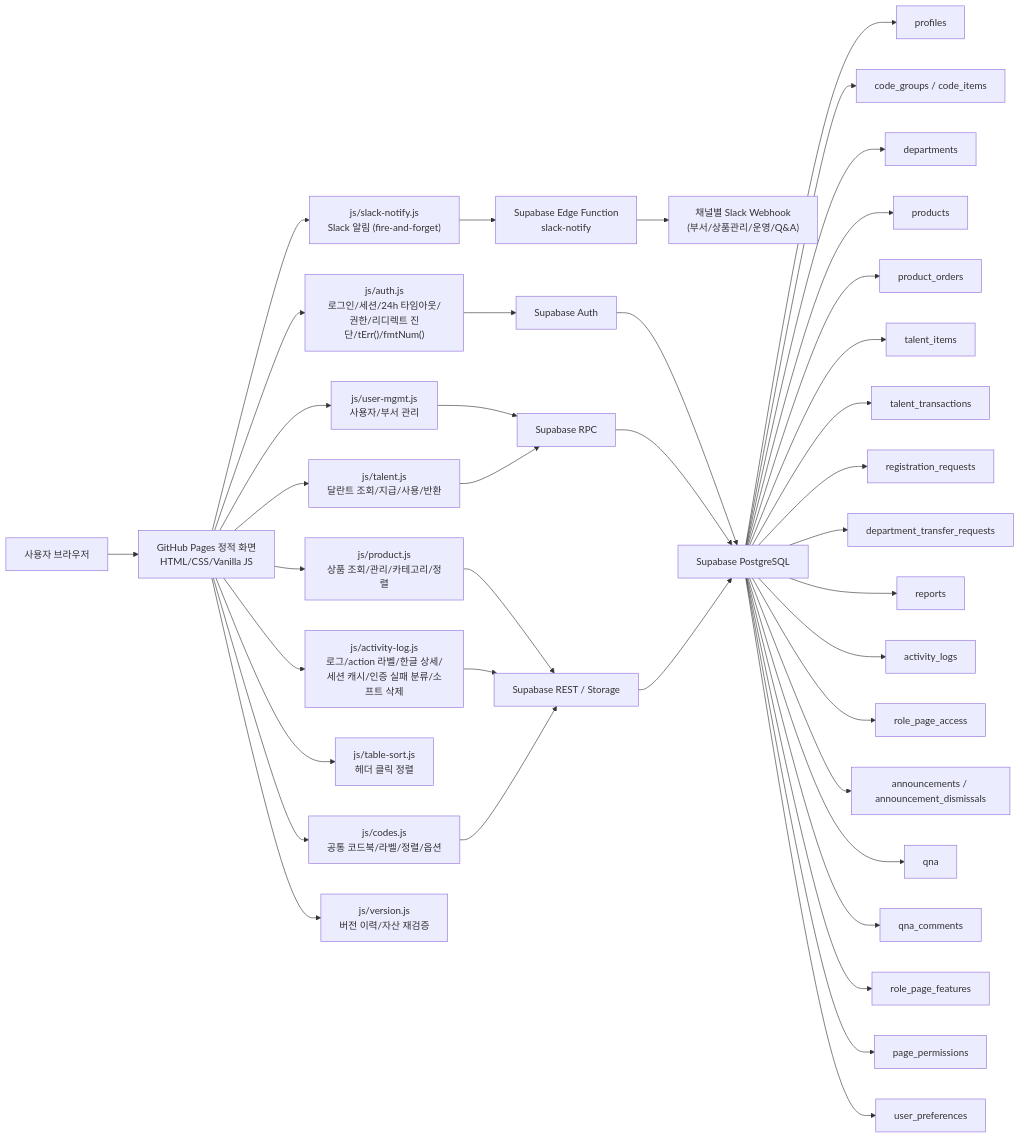
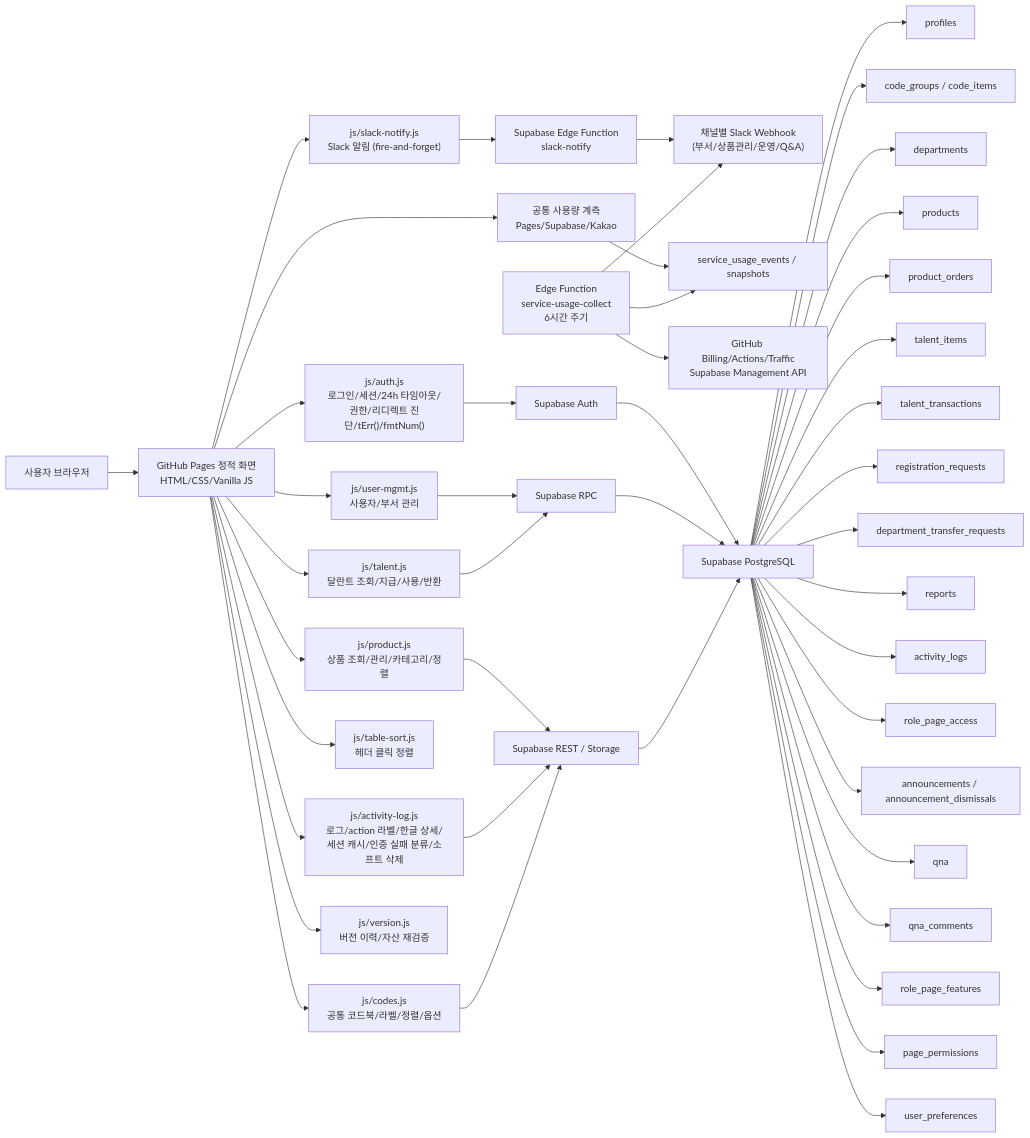
Before and after one commit to CHO-Talents-Test/CHO-Talents-Test: the first of 16 diagrams in docs/PROJECT_ARCHITECTURE_FLOW.md, drawn with Mermaid. The commit also changed other lines of this file and 22 other files, not shown here.

````diff
--- a/docs/PROJECT_ARCHITECTURE_FLOW.md
+++ b/docs/PROJECT_ARCHITECTURE_FLOW.md
@@ -27,47 +27,52 @@
 ```mermaid
 flowchart LR
   User["사용자 브라우저"] --> Pages["GitHub Pages 정적 화면<br/>HTML/CSS/Vanilla JS"]
 
   Pages --> AuthJS["js/auth.js<br/>로그인/세션/24h 타임아웃/권한/리디렉트 진단/tErr()/fmtNum()"]
   Pages --> LogJS["js/activity-log.js<br/>로그/action 라벨/한글 상세/세션 캐시/인증 실패 분류/소프트 삭제"]
   Pages --> CodesJS["js/codes.js<br/>공통 코드북/라벨/정렬/옵션"]
   Pages --> UserMgmt["js/user-mgmt.js<br/>사용자/부서 관리"]
   Pages --> TalentJS["js/talent.js<br/>달란트 조회/지급/사용/반환"]
   Pages --> ProductJS["js/product.js<br/>상품 조회/관리/카테고리/정렬"]
   Pages --> TableSortJS["js/table-sort.js<br/>헤더 클릭 정렬"]
   Pages --> SlackJS["js/slack-notify.js<br/>Slack 알림 (fire-and-forget)"]
   Pages --> VersionJS["js/version.js<br/>버전 이력/자산 재검증"]
 
   SlackJS --> EdgeFn["Supabase Edge Function<br/>slack-notify"]
   EdgeFn --> Slack["채널별 Slack Webhook<br/>(부서/상품관리/운영/Q&A)"]
+  Pages --> UsageTelemetry["공통 사용량 계측<br/>Pages/Supabase/Kakao"]
+  UsageTelemetry --> UsageDB["service_usage_events / snapshots"]
+  UsageCollector["Edge Function<br/>service-usage-collect<br/>6시간 주기"] --> UsageDB
+  UsageCollector --> ExternalUsage["GitHub Billing/Actions/Traffic<br/>Supabase Management API"]
+  UsageCollector --> Slack
 
   AuthJS --> Auth["Supabase Auth"]
   UserMgmt --> RPC["Supabase RPC"]
   TalentJS --> RPC
   ProductJS --> Rest["Supabase REST / Storage"]
   LogJS --> Rest
   CodesJS --> Rest
 
   Auth --> DB["Supabase PostgreSQL"]
   RPC --> DB
   Rest --> DB
 
   DB --> Profiles["profiles"]
   DB --> Codes["code_groups / code_items"]
   DB --> Departments["departments"]
   DB --> Products["products"]
   DB --> Orders["product_orders"]
   DB --> Items["talent_items"]
   DB --> Transactions["talent_transactions"]
   DB --> Requests["registration_requests"]
   DB --> Transfers["department_transfer_requests"]
   DB --> Reports["reports"]
   DB --> Logs["activity_logs"]
   DB --> RoleAccess["role_page_access"]
   DB --> Announcements["announcements / announcement_dismissals"]
   DB --> QnA["qna"]
   DB --> QnAComments["qna_comments"]
   DB --> RoleFeatures["role_page_features"]
   DB --> PagePerms["page_permissions"]
   DB --> UserPrefs["user_preferences"]
 ```
````
